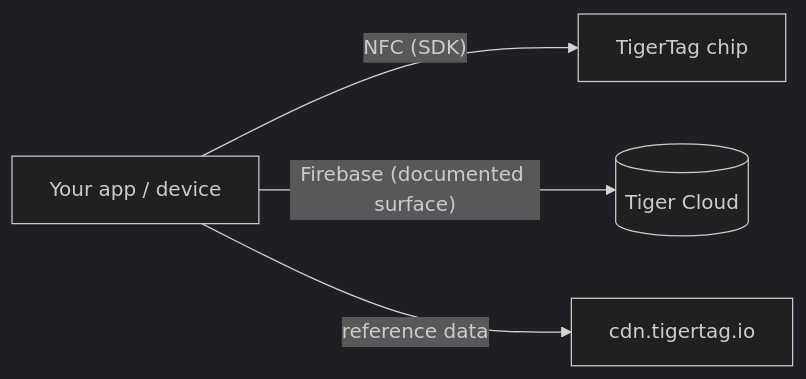
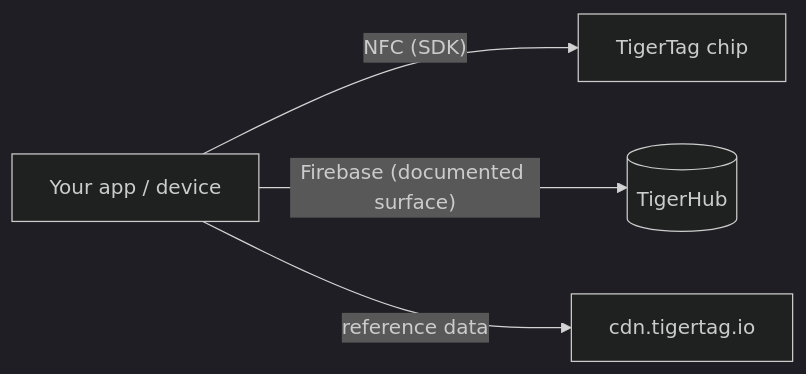
One commit to TigerTag-Project/TigerSystem-Docs changed the diagram in docs/developers/README.md. Above: the diagram before and after it, drawn with Mermaid (dark theme). The commit also changed 23 other files, not shown here.

Commit message:
Fix terminology: the Firebase account backbone is TigerHub (drop the invented 'Tiger Cloud' name, merge the two product pages)

````diff
--- a/docs/developers/README.md
+++ b/docs/developers/README.md
@@ -18,6 +18,6 @@
 ```mermaid
 flowchart LR
     YOU[Your app / device] -->|"NFC (SDK)"| TAG[TigerTag chip]
-    YOU -->|"Firebase (documented surface)"| CLOUD[(Tiger Cloud)]
+    YOU -->|"Firebase (documented surface)"| CLOUD[(TigerHub)]
     YOU -->|"reference data"| CDN[cdn.tigertag.io]
 ```
````
